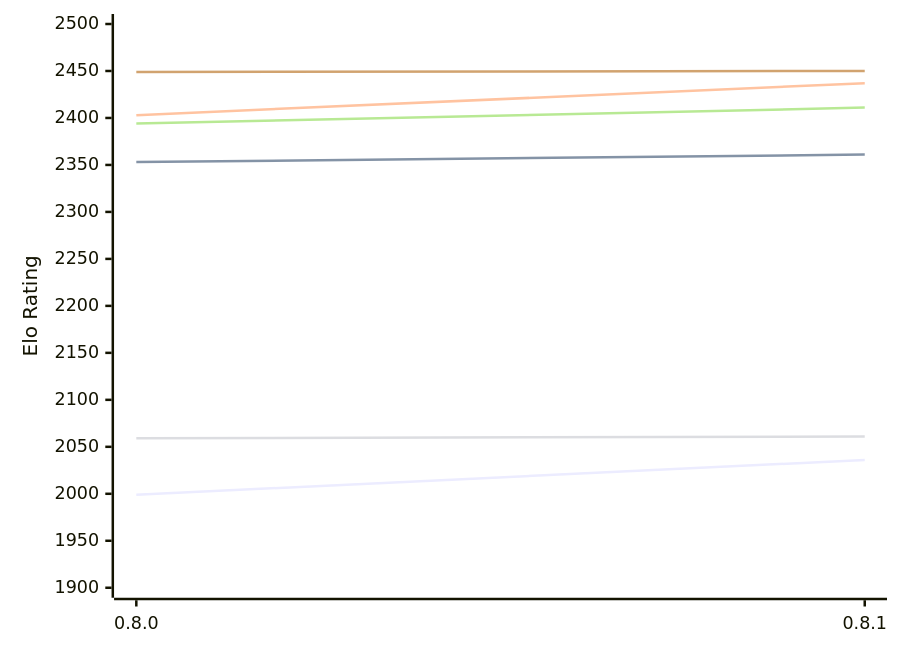
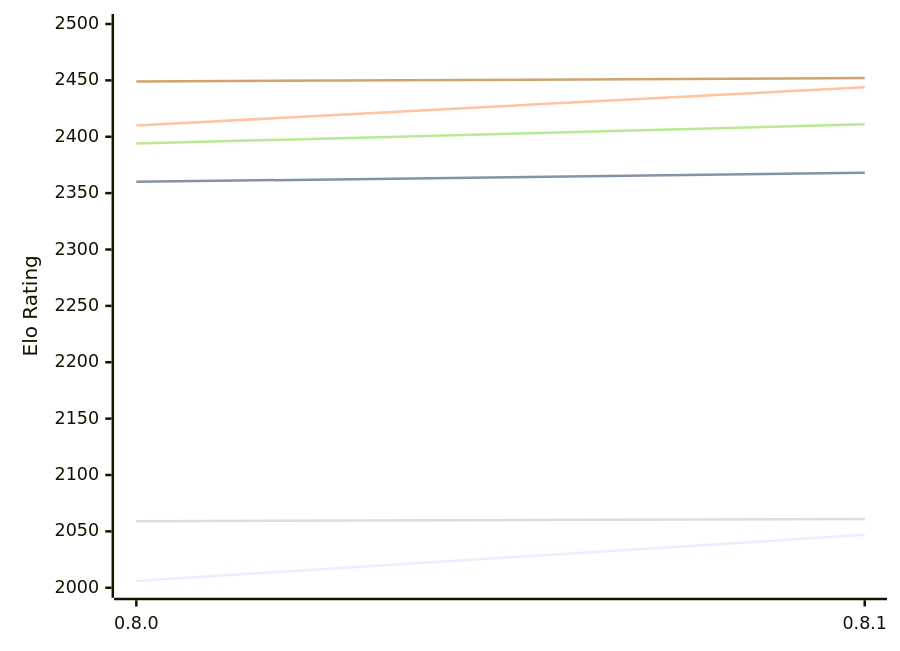
Before and after one commit to computer-chess-index/cci: the diagram in engines/LittleWing.md, drawn with Mermaid. The commit also changed other lines of this file, not shown here.

Commit message:
Update CCI Ratings (ELO VLTC) - 2026-11-10

````diff
--- a/engines/LittleWing.md
+++ b/engines/LittleWing.md
@@ -49,12 +49,12 @@
 ```mermaid
 %%{init: {"theme":"base","themeVariables":{"seriesColors:['#a3a3a3','#222221','#faa371']}}}%%
 xychart-beta
   x-axis ["0.8.0", "0.8.1"]
-  y-axis "Elo Rating" 1900 --> 2500
-  line "E1: STC (8.0+0.08s)" [1999, 2036]
-  line "E1: LTC (60.0+0.60s)" [2353, 2361]
-  line "E1: VLTC (2m24s+1.12s)" [2403, 2437]
+  y-axis "Elo Rating" 2000 --> 2500
+  line "E1: STC (8.0+0.08s)" [2006, 2047]
+  line "E1: LTC (60.0+0.60s)" [2360, 2368]
+  line "E1: VLTC (2m24s+1.12s)" [2410, 2444]
   line "P1: STC (8.0+0.08s)" [2059, 2061]
   line "P1: LTC (60.0+0.60s)" [2394, 2411]
-  line "P1: VLTC (2m24s+1.12s)" [2449, 2450]
+  line "P1: VLTC (2m24s+1.12s)" [2449, 2452]
 ```
````
